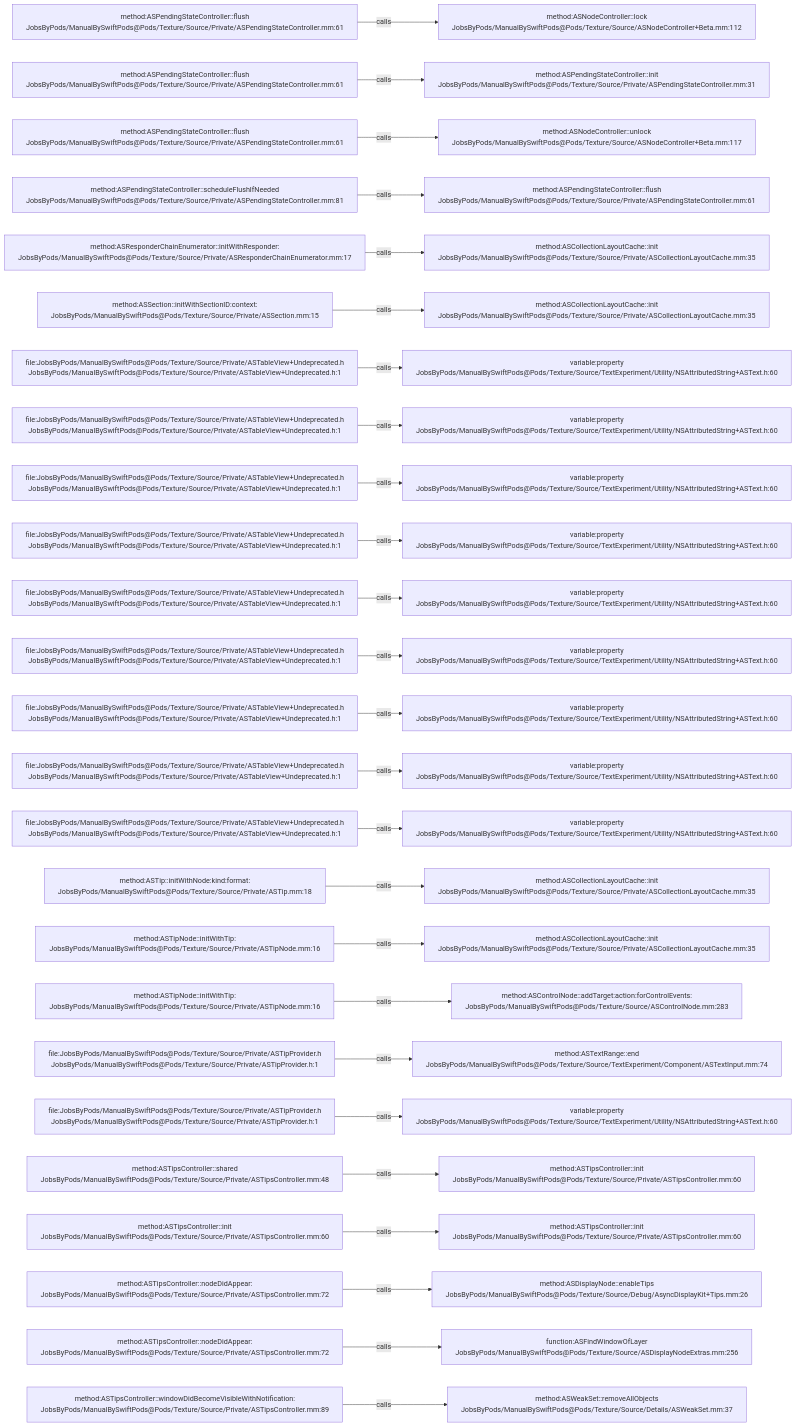
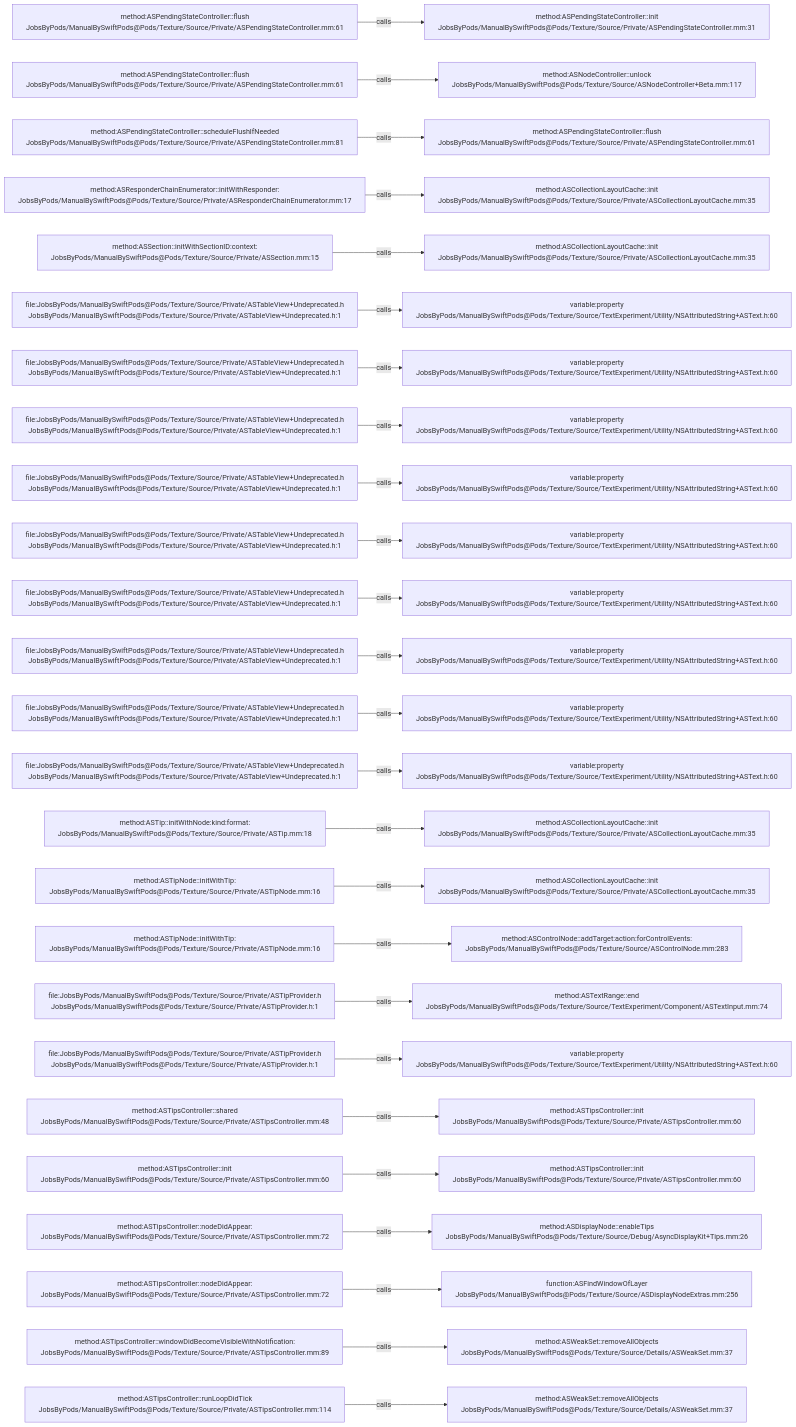
One commit to JobsKits/JobsSwiftBaseConfigDemo changed the diagram in .codegraph/codegraph.md/graphs/calls-122.md. Above: the diagram before and after it, drawn with Mermaid. The commit also changed 747 other files, not shown here.

````diff
--- a/.codegraph/codegraph.md/graphs/calls-122.md
+++ b/.codegraph/codegraph.md/graphs/calls-122.md
@@ -13,78 +13,78 @@
 ```mermaid
 flowchart LR
   S1["method:ASPendingStateController::flush<br/>JobsByPods/ManualBySwiftPods@Pods/Texture/Source/Private/ASPendingStateController.mm:61"]
-  T1["method:ASNodeController::lock<br/>JobsByPods/ManualBySwiftPods@Pods/Texture/Source/ASNodeController+Beta.mm:112"]
+  T1["method:ASPendingStateController::init<br/>JobsByPods/ManualBySwiftPods@Pods/Texture/Source/Private/ASPendingStateController.mm:31"]
   S1 -->|calls| T1
   S2["method:ASPendingStateController::flush<br/>JobsByPods/ManualBySwiftPods@Pods/Texture/Source/Private/ASPendingStateController.mm:61"]
-  T2["method:ASPendingStateController::init<br/>JobsByPods/ManualBySwiftPods@Pods/Texture/Source/Private/ASPendingStateController.mm:31"]
+  T2["method:ASNodeController::unlock<br/>JobsByPods/ManualBySwiftPods@Pods/Texture/Source/ASNodeController+Beta.mm:117"]
   S2 -->|calls| T2
-  S3["method:ASPendingStateController::flush<br/>JobsByPods/ManualBySwiftPods@Pods/Texture/Source/Private/ASPendingStateController.mm:61"]
-  T3["method:ASNodeController::unlock<br/>JobsByPods/ManualBySwiftPods@Pods/Texture/Source/ASNodeController+Beta.mm:117"]
+  S3["method:ASPendingStateController::scheduleFlushIfNeeded<br/>JobsByPods/ManualBySwiftPods@Pods/Texture/Source/Private/ASPendingStateController.mm:81"]
+  T3["method:ASPendingStateController::flush<br/>JobsByPods/ManualBySwiftPods@Pods/Texture/Source/Private/ASPendingStateController.mm:61"]
   S3 -->|calls| T3
-  S4["method:ASPendingStateController::scheduleFlushIfNeeded<br/>JobsByPods/ManualBySwiftPods@Pods/Texture/Source/Private/ASPendingStateController.mm:81"]
-  T4["method:ASPendingStateController::flush<br/>JobsByPods/ManualBySwiftPods@Pods/Texture/Source/Private/ASPendingStateController.mm:61"]
+  S4["method:ASResponderChainEnumerator::initWithResponder:<br/>JobsByPods/ManualBySwiftPods@Pods/Texture/Source/Private/ASResponderChainEnumerator.mm:17"]
+  T4["method:ASCollectionLayoutCache::init<br/>JobsByPods/ManualBySwiftPods@Pods/Texture/Source/Private/ASCollectionLayoutCache.mm:35"]
   S4 -->|calls| T4
-  S5["method:ASResponderChainEnumerator::initWithResponder:<br/>JobsByPods/ManualBySwiftPods@Pods/Texture/Source/Private/ASResponderChainEnumerator.mm:17"]
+  S5["method:ASSection::initWithSectionID:context:<br/>JobsByPods/ManualBySwiftPods@Pods/Texture/Source/Private/ASSection.mm:15"]
   T5["method:ASCollectionLayoutCache::init<br/>JobsByPods/ManualBySwiftPods@Pods/Texture/Source/Private/ASCollectionLayoutCache.mm:35"]
   S5 -->|calls| T5
-  S6["method:ASSection::initWithSectionID:context:<br/>JobsByPods/ManualBySwiftPods@Pods/Texture/Source/Private/ASSection.mm:15"]
-  T6["method:ASCollectionLayoutCache::init<br/>JobsByPods/ManualBySwiftPods@Pods/Texture/Source/Private/ASCollectionLayoutCache.mm:35"]
+  S6["file:JobsByPods/ManualBySwiftPods@Pods/Texture/Source/Private/ASTableView+Undeprecated.h<br/>JobsByPods/ManualBySwiftPods@Pods/Texture/Source/Private/ASTableView+Undeprecated.h:1"]
+  T6["variable:property<br/>JobsByPods/ManualBySwiftPods@Pods/Texture/Source/TextExperiment/Utility/NSAttributedString+ASText.h:60"]
   S6 -->|calls| T6
   S7["file:JobsByPods/ManualBySwiftPods@Pods/Texture/Source/Private/ASTableView+Undeprecated.h<br/>JobsByPods/ManualBySwiftPods@Pods/Texture/Source/Private/ASTableView+Undeprecated.h:1"]
   T7["variable:property<br/>JobsByPods/ManualBySwiftPods@Pods/Texture/Source/TextExperiment/Utility/NSAttributedString+ASText.h:60"]
   S7 -->|calls| T7
   S8["file:JobsByPods/ManualBySwiftPods@Pods/Texture/Source/Private/ASTableView+Undeprecated.h<br/>JobsByPods/ManualBySwiftPods@Pods/Texture/Source/Private/ASTableView+Undeprecated.h:1"]
   T8["variable:property<br/>JobsByPods/ManualBySwiftPods@Pods/Texture/Source/TextExperiment/Utility/NSAttributedString+ASText.h:60"]
   S8 -->|calls| T8
   S9["file:JobsByPods/ManualBySwiftPods@Pods/Texture/Source/Private/ASTableView+Undeprecated.h<br/>JobsByPods/ManualBySwiftPods@Pods/Texture/Source/Private/ASTableView+Undeprecated.h:1"]
   T9["variable:property<br/>JobsByPods/ManualBySwiftPods@Pods/Texture/Source/TextExperiment/Utility/NSAttributedString+ASText.h:60"]
   S9 -->|calls| T9
   S10["file:JobsByPods/ManualBySwiftPods@Pods/Texture/Source/Private/ASTableView+Undeprecated.h<br/>JobsByPods/ManualBySwiftPods@Pods/Texture/Source/Private/ASTableView+Undeprecated.h:1"]
   T10["variable:property<br/>JobsByPods/ManualBySwiftPods@Pods/Texture/Source/TextExperiment/Utility/NSAttributedString+ASText.h:60"]
   S10 -->|calls| T10
   S11["file:JobsByPods/ManualBySwiftPods@Pods/Texture/Source/Private/ASTableView+Undeprecated.h<br/>JobsByPods/ManualBySwiftPods@Pods/Texture/Source/Private/ASTableView+Undeprecated.h:1"]
   T11["variable:property<br/>JobsByPods/ManualBySwiftPods@Pods/Texture/Source/TextExperiment/Utility/NSAttributedString+ASText.h:60"]
   S11 -->|calls| T11
   S12["file:JobsByPods/ManualBySwiftPods@Pods/Texture/Source/Private/ASTableView+Undeprecated.h<br/>JobsByPods/ManualBySwiftPods@Pods/Texture/Source/Private/ASTableView+Undeprecated.h:1"]
   T12["variable:property<br/>JobsByPods/ManualBySwiftPods@Pods/Texture/Source/TextExperiment/Utility/NSAttributedString+ASText.h:60"]
   S12 -->|calls| T12
   S13["file:JobsByPods/ManualBySwiftPods@Pods/Texture/Source/Private/ASTableView+Undeprecated.h<br/>JobsByPods/ManualBySwiftPods@Pods/Texture/Source/Private/ASTableView+Undeprecated.h:1"]
   T13["variable:property<br/>JobsByPods/ManualBySwiftPods@Pods/Texture/Source/TextExperiment/Utility/NSAttributedString+ASText.h:60"]
   S13 -->|calls| T13
   S14["file:JobsByPods/ManualBySwiftPods@Pods/Texture/Source/Private/ASTableView+Undeprecated.h<br/>JobsByPods/ManualBySwiftPods@Pods/Texture/Source/Private/ASTableView+Undeprecated.h:1"]
   T14["variable:property<br/>JobsByPods/ManualBySwiftPods@Pods/Texture/Source/TextExperiment/Utility/NSAttributedString+ASText.h:60"]
   S14 -->|calls| T14
-  S15["file:JobsByPods/ManualBySwiftPods@Pods/Texture/Source/Private/ASTableView+Undeprecated.h<br/>JobsByPods/ManualBySwiftPods@Pods/Texture/Source/Private/ASTableView+Undeprecated.h:1"]
-  T15["variable:property<br/>JobsByPods/ManualBySwiftPods@Pods/Texture/Source/TextExperiment/Utility/NSAttributedString+ASText.h:60"]
+  S15["method:ASTip::initWithNode:kind:format:<br/>JobsByPods/ManualBySwiftPods@Pods/Texture/Source/Private/ASTip.mm:18"]
+  T15["method:ASCollectionLayoutCache::init<br/>JobsByPods/ManualBySwiftPods@Pods/Texture/Source/Private/ASCollectionLayoutCache.mm:35"]
   S15 -->|calls| T15
-  S16["method:ASTip::initWithNode:kind:format:<br/>JobsByPods/ManualBySwiftPods@Pods/Texture/Source/Private/ASTip.mm:18"]
+  S16["method:ASTipNode::initWithTip:<br/>JobsByPods/ManualBySwiftPods@Pods/Texture/Source/Private/ASTipNode.mm:16"]
   T16["method:ASCollectionLayoutCache::init<br/>JobsByPods/ManualBySwiftPods@Pods/Texture/Source/Private/ASCollectionLayoutCache.mm:35"]
   S16 -->|calls| T16
   S17["method:ASTipNode::initWithTip:<br/>JobsByPods/ManualBySwiftPods@Pods/Texture/Source/Private/ASTipNode.mm:16"]
-  T17["method:ASCollectionLayoutCache::init<br/>JobsByPods/ManualBySwiftPods@Pods/Texture/Source/Private/ASCollectionLayoutCache.mm:35"]
+  T17["method:ASControlNode::addTarget:action:forControlEvents:<br/>JobsByPods/ManualBySwiftPods@Pods/Texture/Source/ASControlNode.mm:283"]
   S17 -->|calls| T17
-  S18["method:ASTipNode::initWithTip:<br/>JobsByPods/ManualBySwiftPods@Pods/Texture/Source/Private/ASTipNode.mm:16"]
-  T18["method:ASControlNode::addTarget:action:forControlEvents:<br/>JobsByPods/ManualBySwiftPods@Pods/Texture/Source/ASControlNode.mm:283"]
+  S18["file:JobsByPods/ManualBySwiftPods@Pods/Texture/Source/Private/ASTipProvider.h<br/>JobsByPods/ManualBySwiftPods@Pods/Texture/Source/Private/ASTipProvider.h:1"]
+  T18["method:ASTextRange::end<br/>JobsByPods/ManualBySwiftPods@Pods/Texture/Source/TextExperiment/Component/ASTextInput.mm:74"]
   S18 -->|calls| T18
   S19["file:JobsByPods/ManualBySwiftPods@Pods/Texture/Source/Private/ASTipProvider.h<br/>JobsByPods/ManualBySwiftPods@Pods/Texture/Source/Private/ASTipProvider.h:1"]
-  T19["method:ASTextRange::end<br/>JobsByPods/ManualBySwiftPods@Pods/Texture/Source/TextExperiment/Component/ASTextInput.mm:74"]
+  T19["variable:property<br/>JobsByPods/ManualBySwiftPods@Pods/Texture/Source/TextExperiment/Utility/NSAttributedString+ASText.h:60"]
   S19 -->|calls| T19
-  S20["file:JobsByPods/ManualBySwiftPods@Pods/Texture/Source/Private/ASTipProvider.h<br/>JobsByPods/ManualBySwiftPods@Pods/Texture/Source/Private/ASTipProvider.h:1"]
-  T20["variable:property<br/>JobsByPods/ManualBySwiftPods@Pods/Texture/Source/TextExperiment/Utility/NSAttributedString+ASText.h:60"]
+  S20["method:ASTipsController::shared<br/>JobsByPods/ManualBySwiftPods@Pods/Texture/Source/Private/ASTipsController.mm:48"]
+  T20["method:ASTipsController::init<br/>JobsByPods/ManualBySwiftPods@Pods/Texture/Source/Private/ASTipsController.mm:60"]
   S20 -->|calls| T20
-  S21["method:ASTipsController::shared<br/>JobsByPods/ManualBySwiftPods@Pods/Texture/Source/Private/ASTipsController.mm:48"]
+  S21["method:ASTipsController::init<br/>JobsByPods/ManualBySwiftPods@Pods/Texture/Source/Private/ASTipsController.mm:60"]
   T21["method:ASTipsController::init<br/>JobsByPods/ManualBySwiftPods@Pods/Texture/Source/Private/ASTipsController.mm:60"]
   S21 -->|calls| T21
-  S22["method:ASTipsController::init<br/>JobsByPods/ManualBySwiftPods@Pods/Texture/Source/Private/ASTipsController.mm:60"]
-  T22["method:ASTipsController::init<br/>JobsByPods/ManualBySwiftPods@Pods/Texture/Source/Private/ASTipsController.mm:60"]
+  S22["method:ASTipsController::nodeDidAppear:<br/>JobsByPods/ManualBySwiftPods@Pods/Texture/Source/Private/ASTipsController.mm:72"]
+  T22["method:ASDisplayNode::enableTips<br/>JobsByPods/ManualBySwiftPods@Pods/Texture/Source/Debug/AsyncDisplayKit+Tips.mm:26"]
   S22 -->|calls| T22
   S23["method:ASTipsController::nodeDidAppear:<br/>JobsByPods/ManualBySwiftPods@Pods/Texture/Source/Private/ASTipsController.mm:72"]
-  T23["method:ASDisplayNode::enableTips<br/>JobsByPods/ManualBySwiftPods@Pods/Texture/Source/Debug/AsyncDisplayKit+Tips.mm:26"]
+  T23["function:ASFindWindowOfLayer<br/>JobsByPods/ManualBySwiftPods@Pods/Texture/Source/ASDisplayNodeExtras.mm:256"]
   S23 -->|calls| T23
-  S24["method:ASTipsController::nodeDidAppear:<br/>JobsByPods/ManualBySwiftPods@Pods/Texture/Source/Private/ASTipsController.mm:72"]
-  T24["function:ASFindWindowOfLayer<br/>JobsByPods/ManualBySwiftPods@Pods/Texture/Source/ASDisplayNodeExtras.mm:256"]
+  S24["method:ASTipsController::windowDidBecomeVisibleWithNotification:<br/>JobsByPods/ManualBySwiftPods@Pods/Texture/Source/Private/ASTipsController.mm:89"]
+  T24["method:ASWeakSet::removeAllObjects<br/>JobsByPods/ManualBySwiftPods@Pods/Texture/Source/Details/ASWeakSet.mm:37"]
   S24 -->|calls| T24
-  S25["method:ASTipsController::windowDidBecomeVisibleWithNotification:<br/>JobsByPods/ManualBySwiftPods@Pods/Texture/Source/Private/ASTipsController.mm:89"]
+  S25["method:ASTipsController::runLoopDidTick<br/>JobsByPods/ManualBySwiftPods@Pods/Texture/Source/Private/ASTipsController.mm:114"]
   T25["method:ASWeakSet::removeAllObjects<br/>JobsByPods/ManualBySwiftPods@Pods/Texture/Source/Details/ASWeakSet.mm:37"]
   S25 -->|calls| T25
 ```
````
